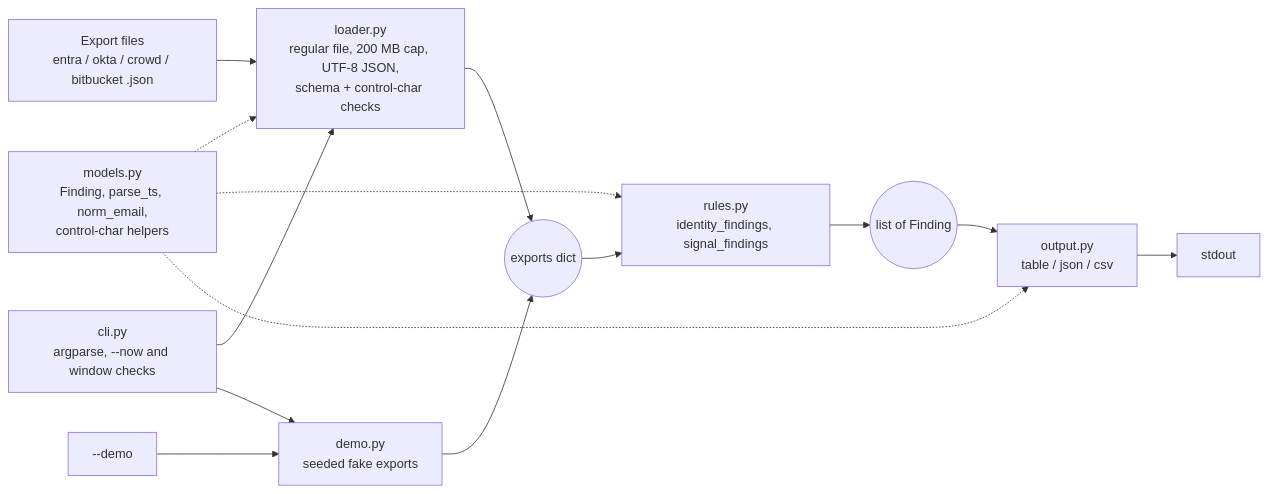
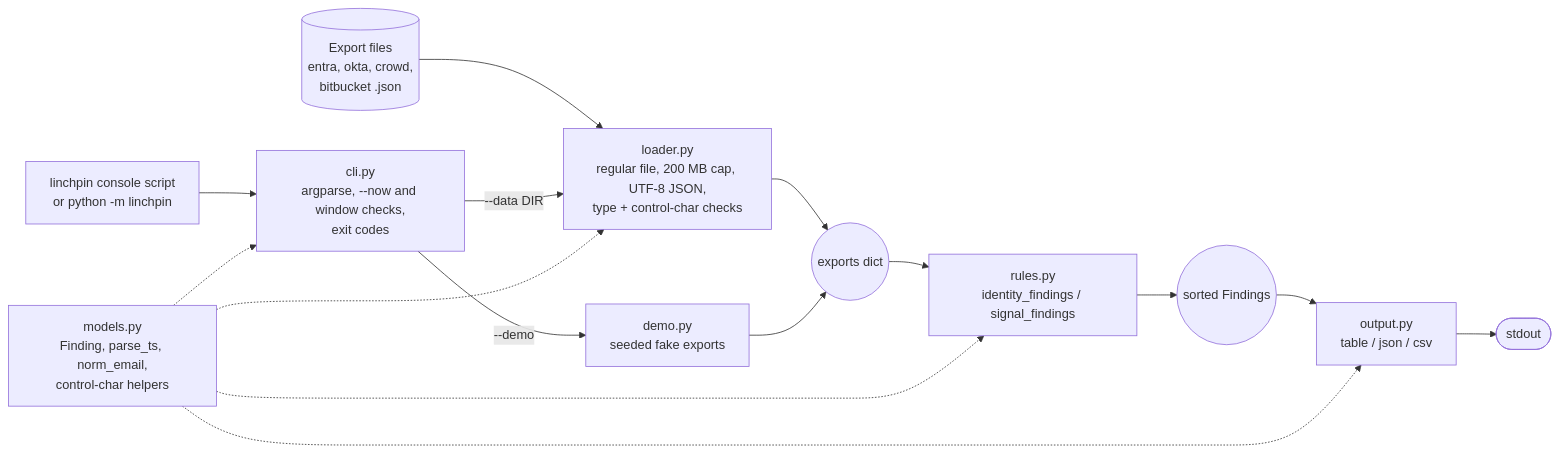
One commit to chriswayneh/linchpin changed the diagram in README.md. Above: the diagram before and after it, drawn with Mermaid. The commit also changed other lines of this file, not shown here.

Commit message:
docs: README pitch (problem, audience, real demo output) and polished architecture diagram

````diff
--- a/README.md
+++ b/README.md
@@ -102,19 +151,21 @@
 ```mermaid
 flowchart LR
-    files["Export files<br/>entra / okta / crowd / bitbucket .json"] --> loader
-    demoflag["--demo"] --> demo
-    cli["cli.py<br/>argparse, --now and window checks"] --> loader
-    cli --> demo
-    loader["loader.py<br/>regular file, 200 MB cap, UTF-8 JSON,<br/>schema + control-char checks"]
+    entry["linchpin console script<br/>or python -m linchpin"] --> cli
+    cli["cli.py<br/>argparse, --now and window checks,<br/>exit codes"]
+    files[("Export files<br/>entra, okta, crowd,<br/>bitbucket .json")] --> loader
+    cli -->|"--data DIR"| loader
+    cli -->|"--demo"| demo
+    loader["loader.py<br/>regular file, 200 MB cap, UTF-8 JSON,<br/>type + control-char checks"]
     demo["demo.py<br/>seeded fake exports"]
     loader --> data(("exports dict"))
     demo --> data
-    data --> rules["rules.py<br/>identity_findings, signal_findings"]
+    data --> rules["rules.py<br/>identity_findings / signal_findings"]
+    rules --> findings(("sorted Findings"))
+    findings --> output["output.py<br/>table / json / csv"]
+    output --> stdout(["stdout"])
     models["models.py<br/>Finding, parse_ts, norm_email,<br/>control-char helpers"]
+    models -.-> cli
     models -.-> loader
     models -.-> rules
     models -.-> output
-    rules --> findings(("list of Finding"))
-    findings --> output["output.py<br/>table / json / csv"]
-    output --> stdout["stdout"]
 ```
````
